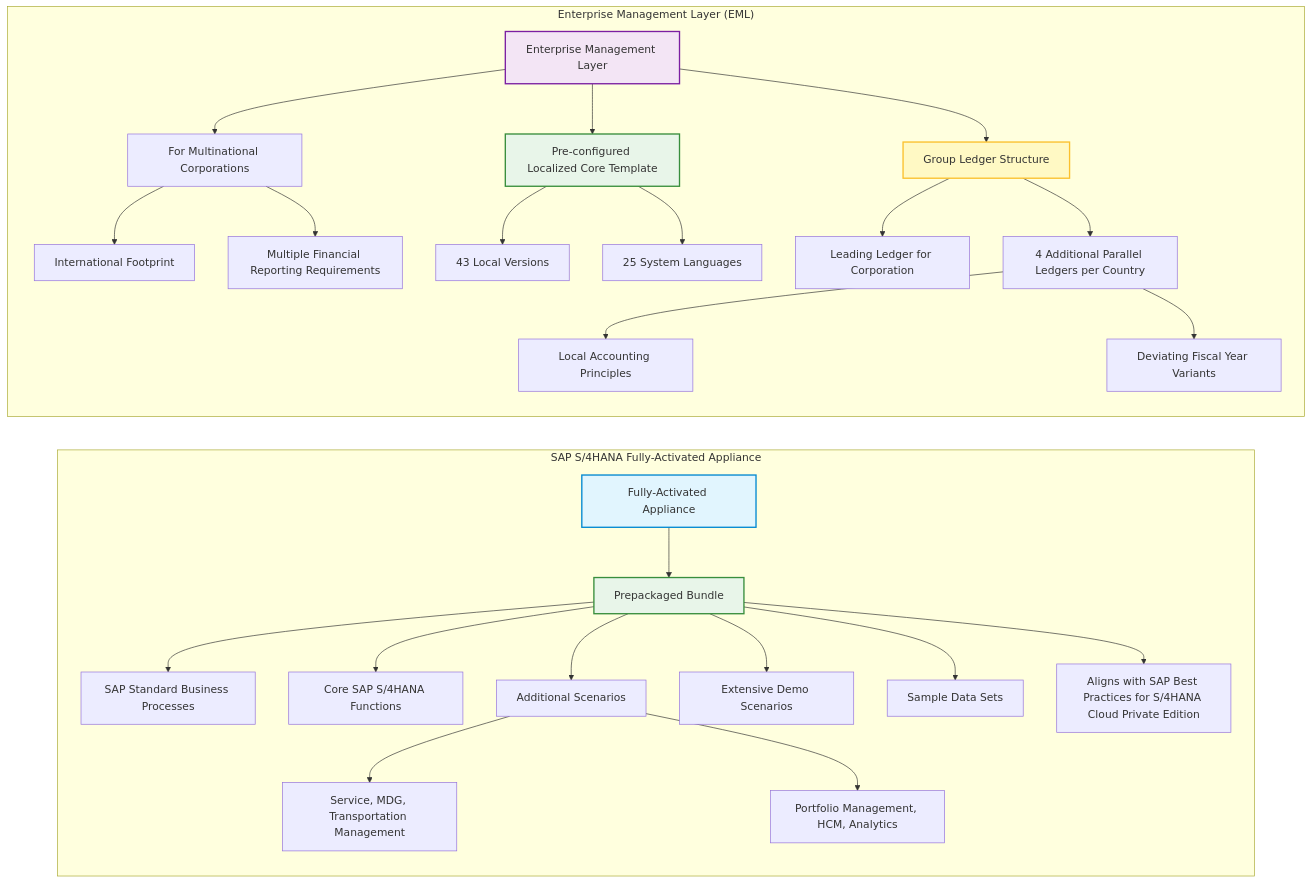
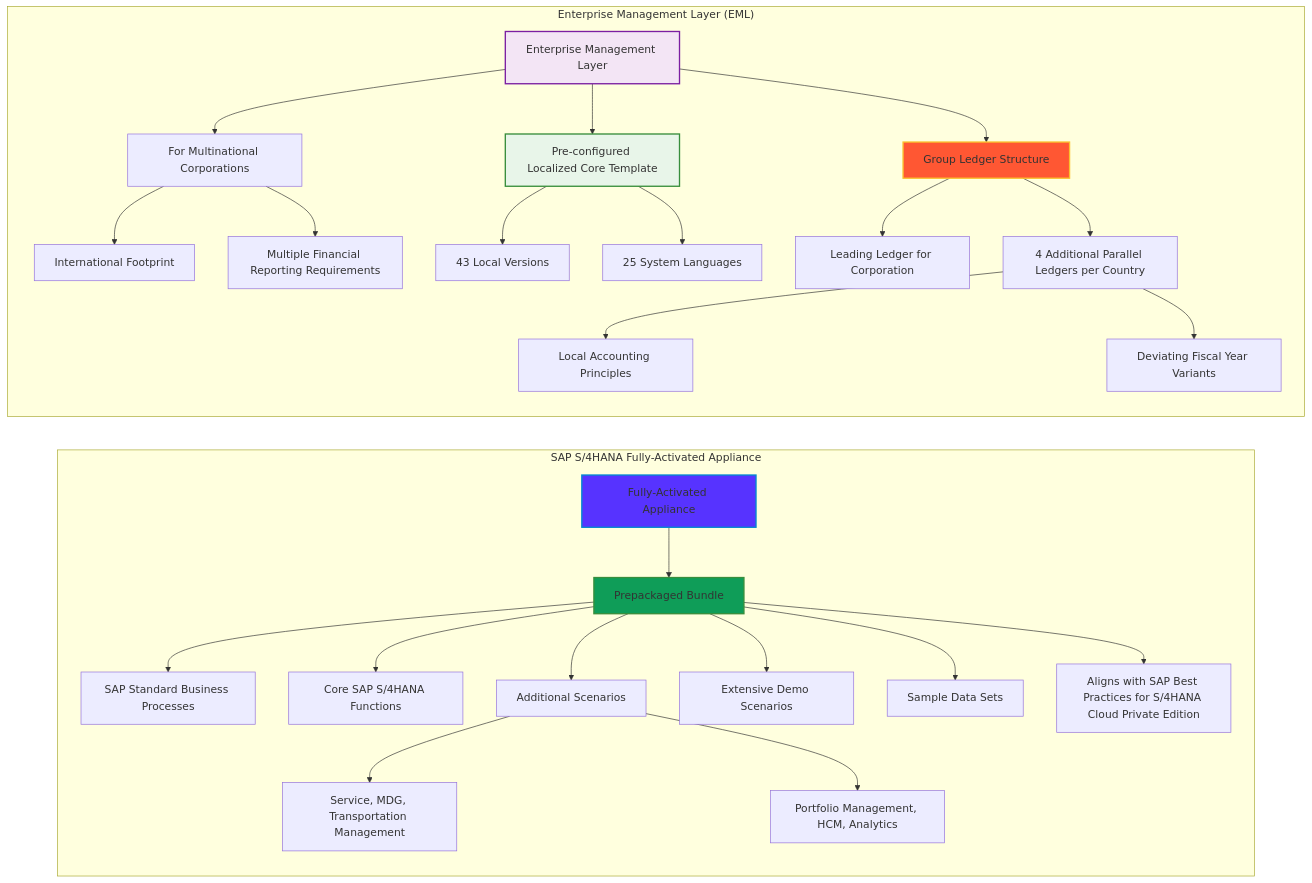
One commit to sapflashcards/S4CPE changed the diagram in eml-vs-appliance.md. Above: the diagram before and after it, drawn with Mermaid.

````diff
--- a/eml-vs-appliance.md
+++ b/eml-vs-appliance.md
@@ -1,34 +1,34 @@
 ```mermaid
 graph LR
     subgraph "SAP S/4HANA Fully-Activated Appliance"
         A[Fully-Activated Appliance] --> B[Prepackaged Bundle]
         B --> C[SAP Standard Business Processes]
         B --> D[Core SAP S/4HANA Functions]
         B --> E[Additional Scenarios]
         E --> F[Service, MDG, Transportation Management]
         E --> G[Portfolio Management, HCM, Analytics]
         B --> H[Extensive Demo Scenarios]
         B --> I[Sample Data Sets]
         B --> J[Aligns with SAP Best Practices for S/4HANA Cloud Private Edition]
     end
     
     subgraph "Enterprise Management Layer (EML)"
         K[Enterprise Management Layer] --> L[For Multinational Corporations]
         L --> M[International Footprint]
         L --> N[Multiple Financial Reporting Requirements]
         K --> O[Pre-configured Localized Core Template]
         O --> P[43 Local Versions]
         O --> Q[25 System Languages]
         K --> R[Group Ledger Structure]
         R --> S[Leading Ledger for Corporation]
         R --> T[4 Additional Parallel Ledgers per Country]
         T --> U[Local Accounting Principles]
         T --> V[Deviating Fiscal Year Variants]
     end
     
-    style A fill:#e1f5fe,stroke:#0288d1,stroke-width:2px
+    style A fill:#5733FF,stroke:#0288d1,stroke-width:2px
     style K fill:#f3e5f5,stroke:#7b1fa2,stroke-width:2px
-    style B fill:#e8f5e9,stroke:#388e3c,stroke-width:2px
+    style B fill:#0F9D58,stroke:#388e3c,stroke-width:2px
     style O fill:#e8f5e9,stroke:#388e3c,stroke-width:2px
-    style R fill:#fff9c4,stroke:#fbc02d,stroke-width:2px
+    style R fill:#FF5733,stroke:#fbc02d,stroke-width:2px
 ```
````
